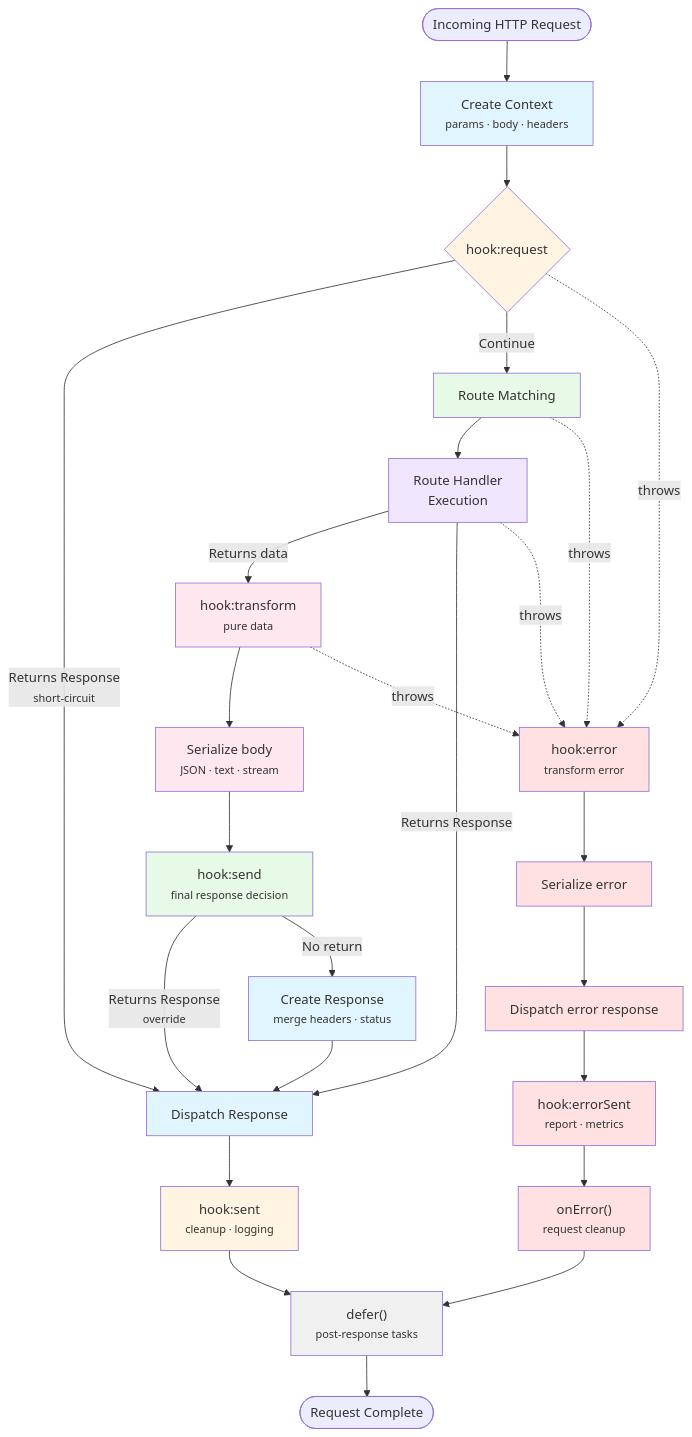
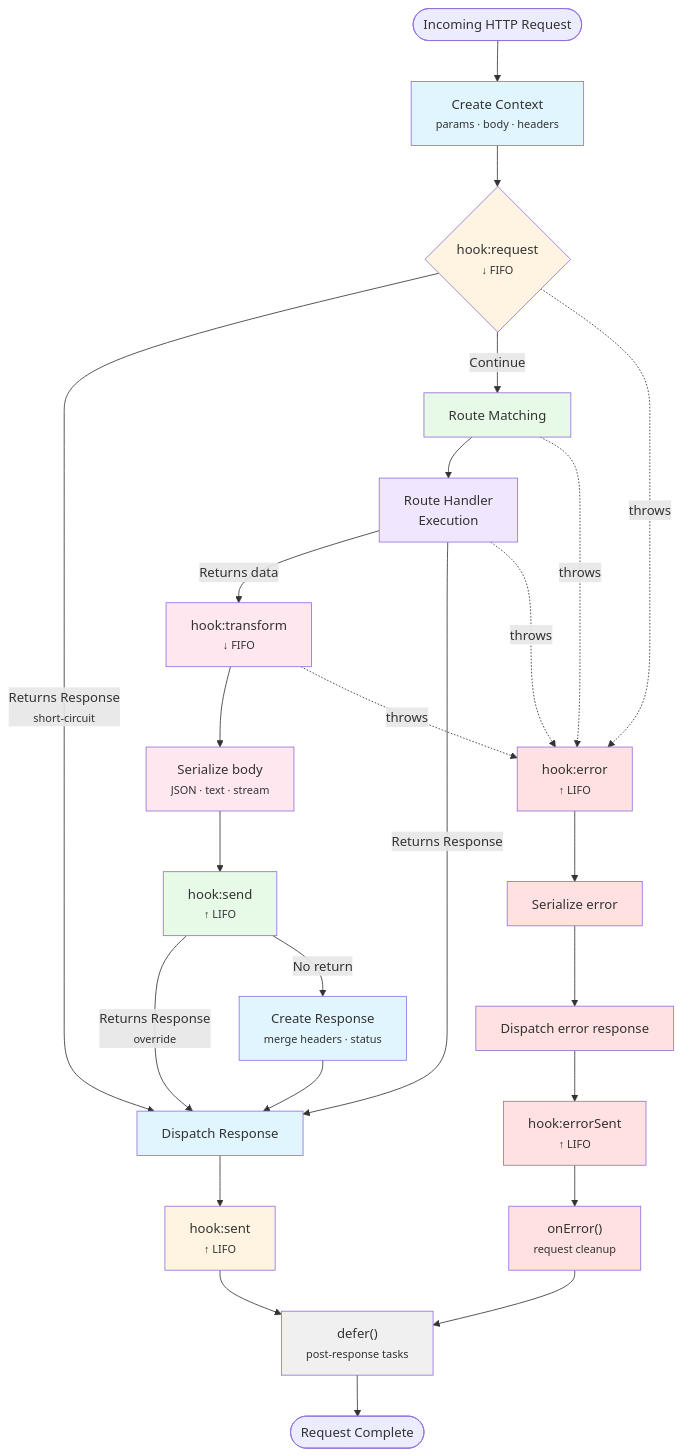
One commit to minima-js/minimajs changed the diagram in docs/core-concepts/diagrams/request-lifecycle.md. Above: the diagram before and after it, drawn with Mermaid. The commit also changed 16 other files, not shown here.

````diff
--- a/docs/core-concepts/diagrams/request-lifecycle.md
+++ b/docs/core-concepts/diagrams/request-lifecycle.md
@@ -1,61 +1,61 @@
 ```mermaid
 graph TD
     Start([Incoming HTTP Request])
     Start --> CreateCtx["Create Context<br/><small>params · body · headers</small>"]
 
-    CreateCtx --> ReqHook{"hook:request"}
+    CreateCtx --> ReqHook{"hook:request<br/><small>↓ FIFO</small>"}
 
     ReqHook -->|Returns Response<br/><small>short-circuit</small>| FinalResponse
     ReqHook -->|Continue| RouteMatch["Route Matching"]
 
     RouteMatch --> Handler["Route Handler<br/>Execution"]
 
-    Handler -->|Returns data| Transform["hook:transform<br/><small>pure data</small>"]
+    Handler -->|Returns data| Transform["hook:transform<br/><small>↓ FIFO</small>"]
     Handler -->|Returns Response| FinalResponse
 
     Transform --> Serialize["Serialize body<br/><small>JSON · text · stream</small>"]
 
-    Serialize --> SendHook["hook:send<br/><small>final response decision</small>"]
+    Serialize --> SendHook["hook:send<br/><small>↑ LIFO</small>"]
 
     SendHook -->|Returns Response<br/><small>override</small>| FinalResponse
     SendHook -->|No return| CreateResp["Create Response<br/><small>merge headers · status</small>"]
 
     CreateResp --> FinalResponse["Dispatch Response"]
 
-    FinalResponse --> SentHook["hook:sent<br/><small>cleanup · logging</small>"]
+    FinalResponse --> SentHook["hook:sent<br/><small>↑ LIFO</small>"]
     SentHook --> Defer["defer()<br/><small>post-response tasks</small>"]
     Defer --> Complete([Request Complete])
 
     %% Error Flow
     ReqHook -.->|throws| ErrorHook
     RouteMatch -.->|throws| ErrorHook
     Handler -.->|throws| ErrorHook
     Transform -.->|throws| ErrorHook
 
-    ErrorHook["hook:error<br/><small>transform error</small>"]
+    ErrorHook["hook:error<br/><small>↑ LIFO</small>"]
         --> SerializeErr["Serialize error"]
         --> DispatchErr["Dispatch error response"]
-        --> ErrorSent["hook:errorSent<br/><small>report · metrics</small>"]
+        --> ErrorSent["hook:errorSent<br/><small>↑ LIFO</small>"]
         --> OnError["onError()<br/><small>request cleanup</small>"]
         --> Defer
 
     %% Styling
     style CreateCtx fill:#e1f5ff
     style ReqHook fill:#fff4e1
     style RouteMatch fill:#e7f9e7
     style Handler fill:#f0e7ff
     style Transform fill:#ffe7f0
     style Serialize fill:#ffe7f0
     style SendHook fill:#e7f9e7
     style CreateResp fill:#e1f5ff
     style FinalResponse fill:#e1f5ff
     style SentHook fill:#fff4e1
     style Defer fill:#f0f0f0
 
     style ErrorHook fill:#ffe1e1
     style SerializeErr fill:#ffe1e1
     style DispatchErr fill:#ffe1e1
     style ErrorSent fill:#ffe1e1
     style OnError fill:#ffe1e1
 
 ```
````
